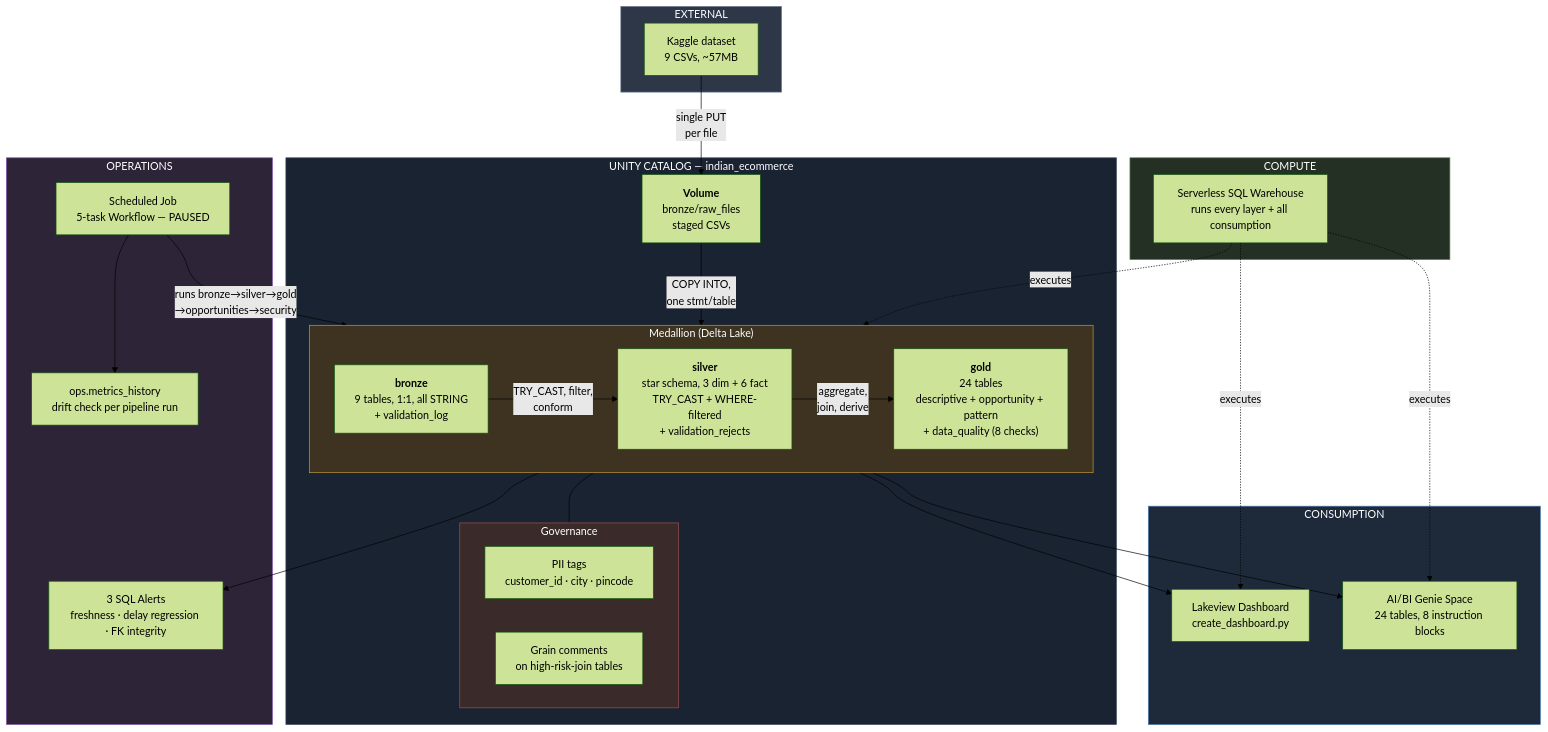
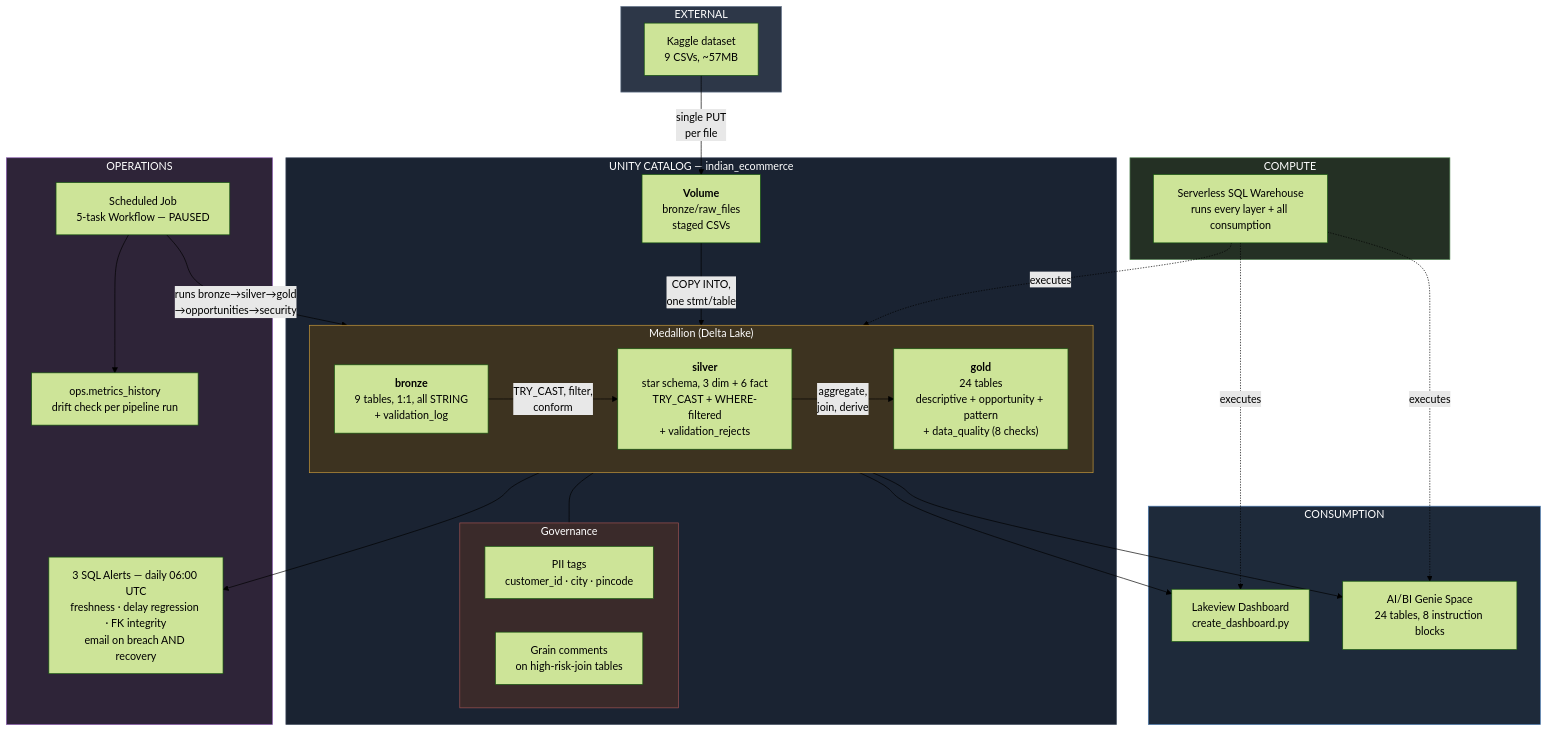
One commit to drdhavaltrivedi/indian-ecommerce-databricks-analytics changed the first of 4 diagrams in README.md. Above: the diagram before and after it, drawn with Mermaid (forest theme). The commit also changed other lines of this file, not shown here.

First line of the commit message:
Fix pipeline diagram: self-loop, stale CAST label, missing Volume node

````diff
--- a/README.md
+++ b/README.md
@@ -58,59 +58,59 @@
 ```mermaid
 flowchart TB
     subgraph EXT["EXTERNAL"]
         KG["Kaggle dataset<br/>9 CSVs, ~57MB"]
     end
 
     subgraph UC["UNITY CATALOG — indian_ecommerce"]
         VOL["<b>Volume</b><br/>bronze/raw_files<br/>staged CSVs"]
 
         subgraph MED["Medallion (Delta Lake)"]
             direction LR
             BZ["<b>bronze</b><br/>9 tables, 1:1, all STRING<br/>+ validation_log"]
             SL["<b>silver</b><br/>star schema, 3 dim + 6 fact<br/>TRY_CAST + WHERE-filtered<br/>+ validation_rejects"]
             GL["<b>gold</b><br/>24 tables<br/>descriptive + opportunity + pattern<br/>+ data_quality (8 checks)"]
             BZ -->|"TRY_CAST, filter,<br/>conform"| SL
             SL -->|"aggregate,<br/>join, derive"| GL
         end
 
         subgraph GOV["Governance"]
             PII["PII tags<br/>customer_id · city · pincode"]
             GRAIN["Grain comments<br/>on high-risk-join tables"]
         end
     end
 
     subgraph COMPUTE["COMPUTE"]
         WH["Serverless SQL Warehouse<br/>runs every layer + all consumption"]
     end
 
     subgraph CONSUME["CONSUMPTION"]
         DASH["Lakeview Dashboard<br/>create_dashboard.py"]
         GENIE["AI/BI Genie Space<br/>24 tables, 8 instruction blocks"]
     end
 
     subgraph OPS["OPERATIONS"]
         JOB["Scheduled Job<br/>5-task Workflow — PAUSED"]
-        ALERT["3 SQL Alerts<br/>freshness · delay regression · FK integrity"]
+        ALERT["3 SQL Alerts — daily 06:00 UTC<br/>freshness · delay regression · FK integrity<br/>email on breach AND recovery"]
         METRICS["ops.metrics_history<br/>drift check per pipeline run"]
     end
 
     KG -->|"single PUT<br/>per file"| VOL
     VOL -->|"COPY INTO,<br/>one stmt/table"| BZ
     GL --- GOV
     WH -.->|executes| MED
     WH -.->|executes| DASH
     WH -.->|executes| GENIE
     GL --> DASH
     GL --> GENIE
     JOB -->|"runs bronze→silver→gold<br/>→opportunities→security"| MED
     JOB --> METRICS
     GL --> ALERT
 
     style EXT fill:#2d3748,stroke:#718096,color:#fff
     style UC fill:#1a2332,stroke:#4a5568,color:#fff
     style MED fill:#3d3320,stroke:#c89b3c,color:#fff
     style GOV fill:#3a2a2a,stroke:#a05252,color:#fff
     style COMPUTE fill:#243024,stroke:#5a8a5a,color:#fff
     style CONSUME fill:#1e2a3a,stroke:#4a7ab0,color:#fff
     style OPS fill:#2e2438,stroke:#8a5ab0,color:#fff
 ```
````
